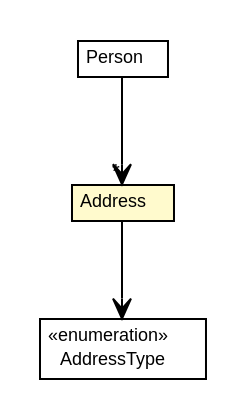
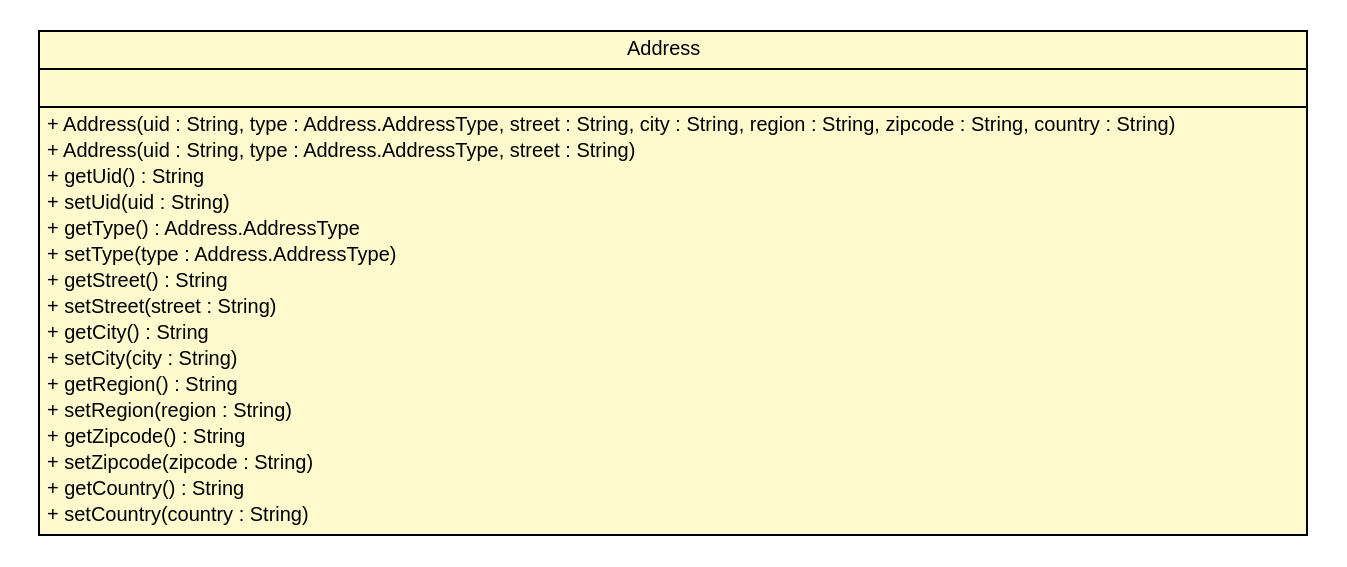
Before and after one commit to ericpinet/ConnectLife: the diagram in javadoc/clapi/com/clapi/data/Address.dot, drawn with Graphviz. The commit also changed 432 other files, not shown here.

```diff
--- a/javadoc/clapi/com/clapi/data/Address.dot
+++ b/javadoc/clapi/com/clapi/data/Address.dot
@@ -1,35 +1,39 @@
 #!/usr/local/bin/dot
 #
 # Class diagram 
 # Generated by UMLGraph version 5.1 (http://www.umlgraph.org/)
 #
 
 digraph G {
 	edge [fontname="Helvetica",fontsize=10,labelfontname="Helvetica",labelfontsize=10];
 	node [fontname="Helvetica",fontsize=10,shape=plaintext];
 	nodesep=0.25;
 	ranksep=0.5;
-	// com.clapi.data.Person
-	c477 [label=<<table title="com.clapi.data.Person" border="0" cellborder="1" cellspacing="0" cellpadding="2" port="p" href="./Person.html">
-		<tr><td><table border="0" cellspacing="0" cellpadding="1">
-<tr><td align="center" balign="center"> Person </td></tr>
-		</table></td></tr>
-		</table>>, fontname="Helvetica", fontcolor="black", fontsize=9.0];
 	// com.clapi.data.Address
-	c486 [label=<<table title="com.clapi.data.Address" border="0" cellborder="1" cellspacing="0" cellpadding="2" port="p" bgcolor="lemonChiffon" href="./Address.html">
+	c480 [label=<<table title="com.clapi.data.Address" border="0" cellborder="1" cellspacing="0" cellpadding="2" port="p" bgcolor="lemonChiffon" href="./Address.html">
 		<tr><td><table border="0" cellspacing="0" cellpadding="1">
 <tr><td align="center" balign="center"> Address </td></tr>
 		</table></td></tr>
-		</table>>, fontname="Helvetica", fontcolor="black", fontsize=9.0];
-	// com.clapi.data.Address.AddressType
-	c487 [label=<<table title="com.clapi.data.Address.AddressType" border="0" cellborder="1" cellspacing="0" cellpadding="2" port="p" href="./Address.AddressType.html">
 		<tr><td><table border="0" cellspacing="0" cellpadding="1">
-<tr><td align="center" balign="center"> &#171;enumeration&#187; </td></tr>
-<tr><td align="center" balign="center"> AddressType </td></tr>
+<tr><td align="left" balign="left">  </td></tr>
 		</table></td></tr>
-		</table>>, fontname="Helvetica", fontcolor="black", fontsize=9.0];
-	// com.clapi.data.Person NAVASSOC com.clapi.data.Address
-	c477:p -> c486:p [taillabel="", label="", headlabel="*", fontname="Helvetica", fontcolor="black", fontsize=10.0, color="black", arrowhead=open];
-	// com.clapi.data.Address NAVASSOC com.clapi.data.Address.AddressType
-	c486:p -> c487:p [taillabel="", label="", headlabel="", fontname="Helvetica", fontcolor="black", fontsize=10.0, color="black", arrowhead=open];
+		<tr><td><table border="0" cellspacing="0" cellpadding="1">
+<tr><td align="left" balign="left"> + Address(uid : String, type : Address.AddressType, street : String, city : String, region : String, zipcode : String, country : String) </td></tr>
+<tr><td align="left" balign="left"> + Address(uid : String, type : Address.AddressType, street : String) </td></tr>
+<tr><td align="left" balign="left"> + getUid() : String </td></tr>
+<tr><td align="left" balign="left"> + setUid(uid : String) </td></tr>
+<tr><td align="left" balign="left"> + getType() : Address.AddressType </td></tr>
+<tr><td align="left" balign="left"> + setType(type : Address.AddressType) </td></tr>
+<tr><td align="left" balign="left"> + getStreet() : String </td></tr>
+<tr><td align="left" balign="left"> + setStreet(street : String) </td></tr>
+<tr><td align="left" balign="left"> + getCity() : String </td></tr>
+<tr><td align="left" balign="left"> + setCity(city : String) </td></tr>
+<tr><td align="left" balign="left"> + getRegion() : String </td></tr>
+<tr><td align="left" balign="left"> + setRegion(region : String) </td></tr>
+<tr><td align="left" balign="left"> + getZipcode() : String </td></tr>
+<tr><td align="left" balign="left"> + setZipcode(zipcode : String) </td></tr>
+<tr><td align="left" balign="left"> + getCountry() : String </td></tr>
+<tr><td align="left" balign="left"> + setCountry(country : String) </td></tr>
+		</table></td></tr>
+		</table>>, fontname="Helvetica", fontcolor="black", fontsize=10.0];
 }
```
